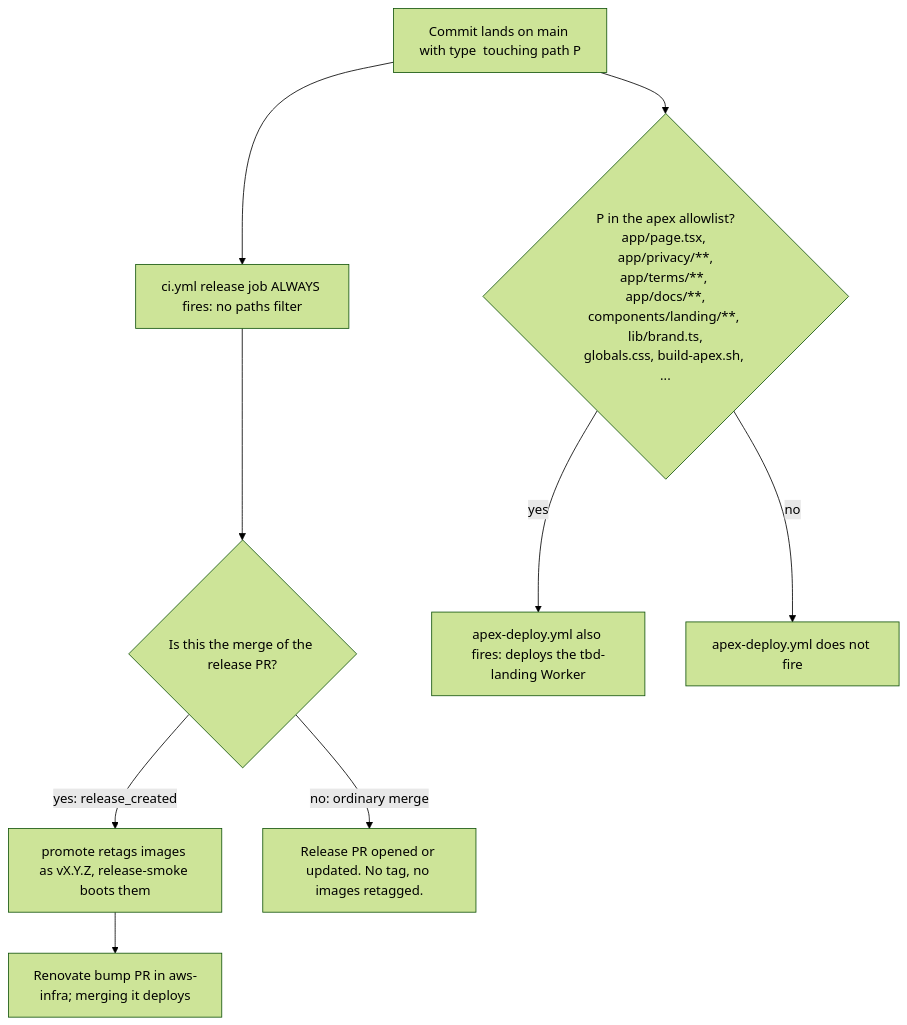
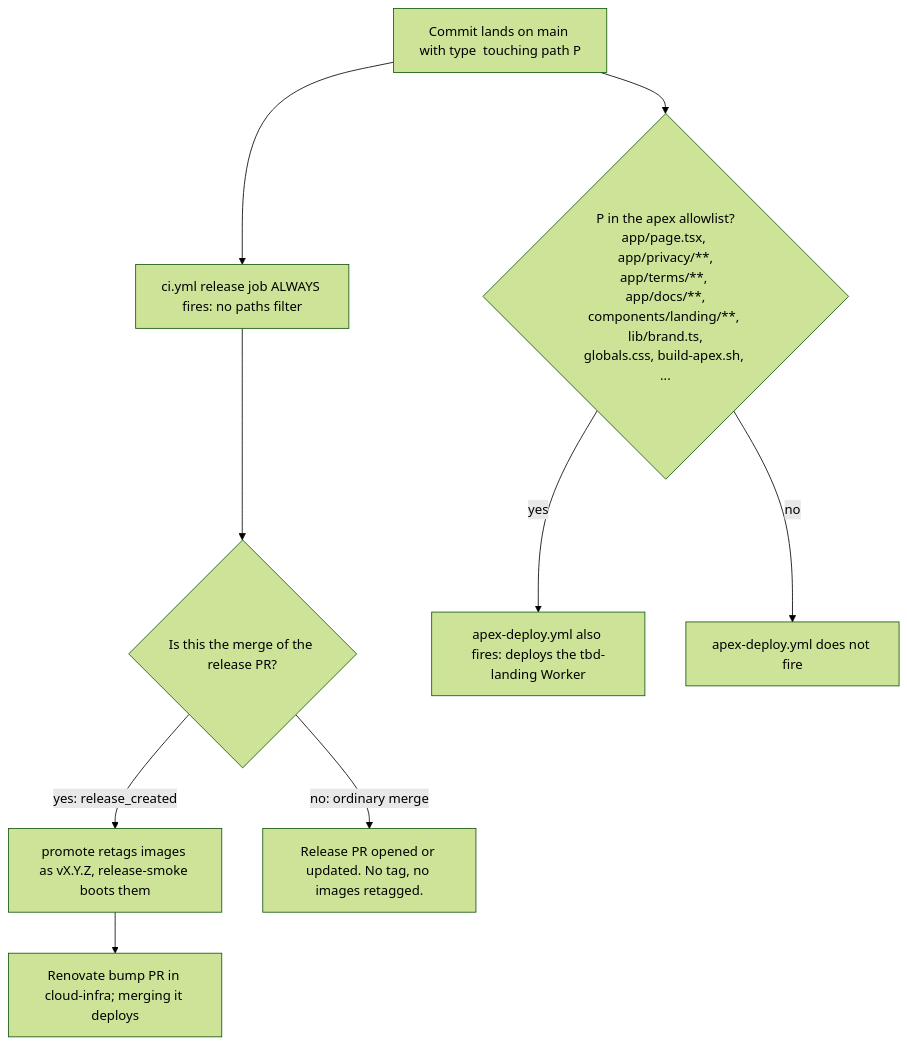
One commit to fjcloudaiconsulting/tbd changed the fifth of 5 diagrams in docs/operations/DEPLOYMENT.md. Above: the diagram before and after it, drawn with Mermaid (forest theme). The commit also changed other lines of this file and 19 other files, not shown here.

Commit message:
chore: point aws-infra references at cloud-infra (INFRA-168)

````diff
--- a/docs/operations/DEPLOYMENT.md
+++ b/docs/operations/DEPLOYMENT.md
@@ -336,13 +336,13 @@
 ```mermaid
 flowchart TD
   start[Commit lands on main with type <type> touching path P]
   start --> rel[ci.yml release job ALWAYS fires: no paths filter]
   rel --> semrel{Is this the merge of the release PR?}
   semrel -- "yes: release_created" --> promote[promote retags images as vX.Y.Z, release-smoke boots them]
-  promote --> bump[Renovate bump PR in aws-infra; merging it deploys]
+  promote --> bump[Renovate bump PR in cloud-infra; merging it deploys]
   semrel -- "no: ordinary merge" --> noship[Release PR opened or updated. No tag, no images retagged.]
 
   start --> apexq{P in the apex allowlist?<br/>app/page.tsx, app/privacy/**,<br/>app/terms/**, app/docs/**,<br/>components/landing/**, lib/brand.ts,<br/>globals.css, build-apex.sh, ...}
   apexq -- yes --> apex[apex-deploy.yml also fires: deploys the tbd-landing Worker]
   apexq -- no --> apexno[apex-deploy.yml does not fire]
 ```
````
